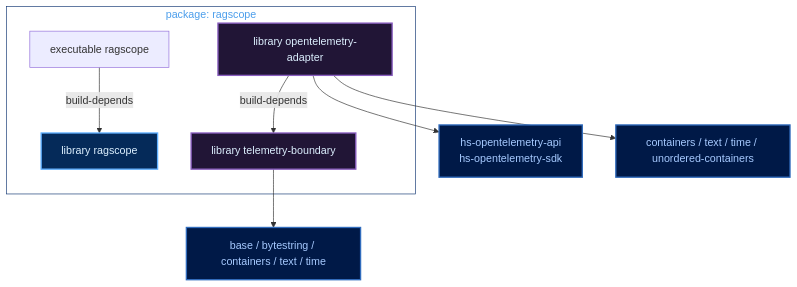
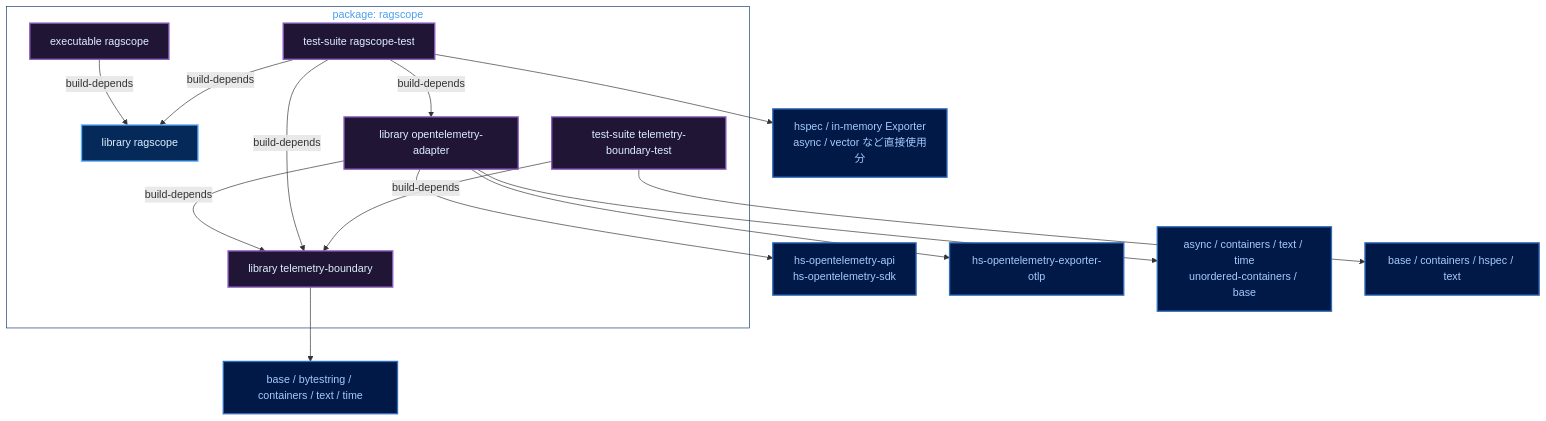
Before and after one commit to takashit16833/Workbench: the first of 4 diagrams in Notes/RAGScope/RAGScopeアプリケーション/RAGScopeアプリケーション Haskellライブラリ・モジュールマップ.md, drawn with Mermaid. The commit also changed other lines of this file, not shown here.

````diff
--- a/Notes/RAGScope/RAGScopeアプリケーション/RAGScopeアプリケーション Haskellライブラリ・モジュールマップ.md
+++ b/Notes/RAGScope/RAGScopeアプリケーション/RAGScopeアプリケーション Haskellライブラリ・モジュールマップ.md
@@ -7,25 +9,34 @@
 ```mermaid
 flowchart TB
   subgraph package["package: ragscope"]
     mainlib["library ragscope"]
     boundary["library telemetry-boundary"]
     adapter["library opentelemetry-adapter"]
     executable["executable ragscope"]
+    tests["test-suite ragscope-test"]
+    boundaryTests["test-suite telemetry-boundary-test"]
   end
 
   adapter -->|build-depends| boundary
   executable -->|build-depends| mainlib
+  tests -->|build-depends| adapter
+  tests -->|build-depends| boundary
+  tests -->|build-depends| mainlib
+  boundaryTests -->|build-depends| boundary
 
-  boundary --> base["base / bytestring / containers / text / time"]
-  adapter --> otel["hs-opentelemetry-api<br>hs-opentelemetry-sdk"]
-  adapter --> support["containers / text / time / unordered-containers"]
+  boundary --> basic["base / bytestring / containers / text / time"]
+  adapter --> sdk["hs-opentelemetry-api<br/>hs-opentelemetry-sdk"]
+  adapter --> otlp["hs-opentelemetry-exporter-otlp"]
+  adapter --> tools["async / containers / text / time<br/>unordered-containers / base"]
+  tests --> testDeps["hspec / in-memory Exporter<br/>async / vector など直接使用分"]
+  boundaryTests --> pureTest["base / containers / hspec / text"]
 
   classDef public fill:#052A59,stroke:#5EAFFF,color:#DDF0FF,stroke-width:2px
   classDef private fill:#211536,stroke:#8A5EC0,color:#DDF0FF,stroke-width:2px
   classDef external fill:#001947,stroke:#316CBD,color:#A6CAFF,stroke-width:2px
 
   class mainlib public
-  class boundary,adapter private
-  class base,otel,support external
+  class boundary,adapter,executable,tests,boundaryTests private
+  class basic,sdk,otlp,tools,testDeps,pureTest external
   style package fill:transparent,stroke:#153A75,color:#4C9EEB
 ```
````
